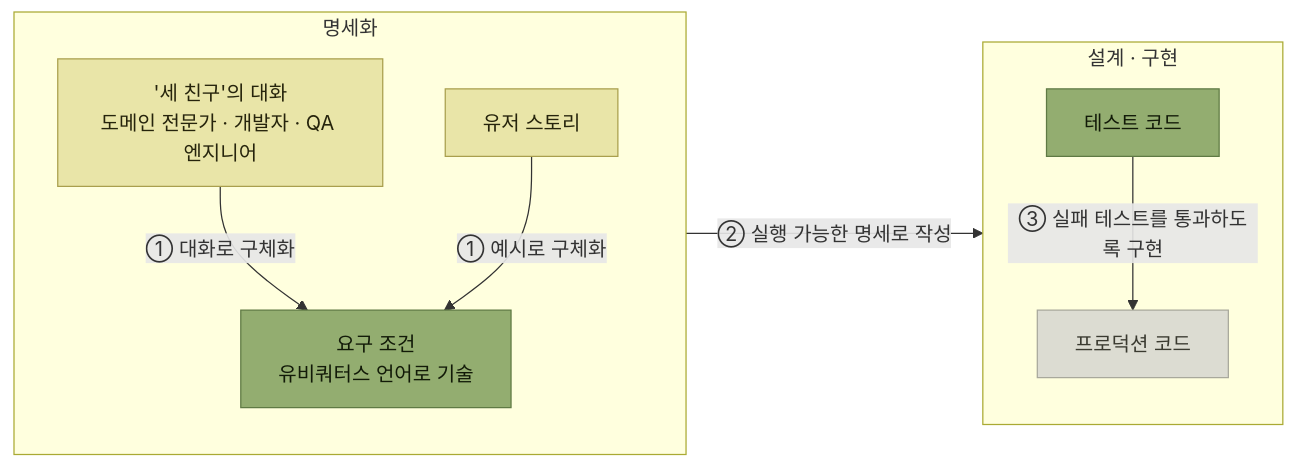
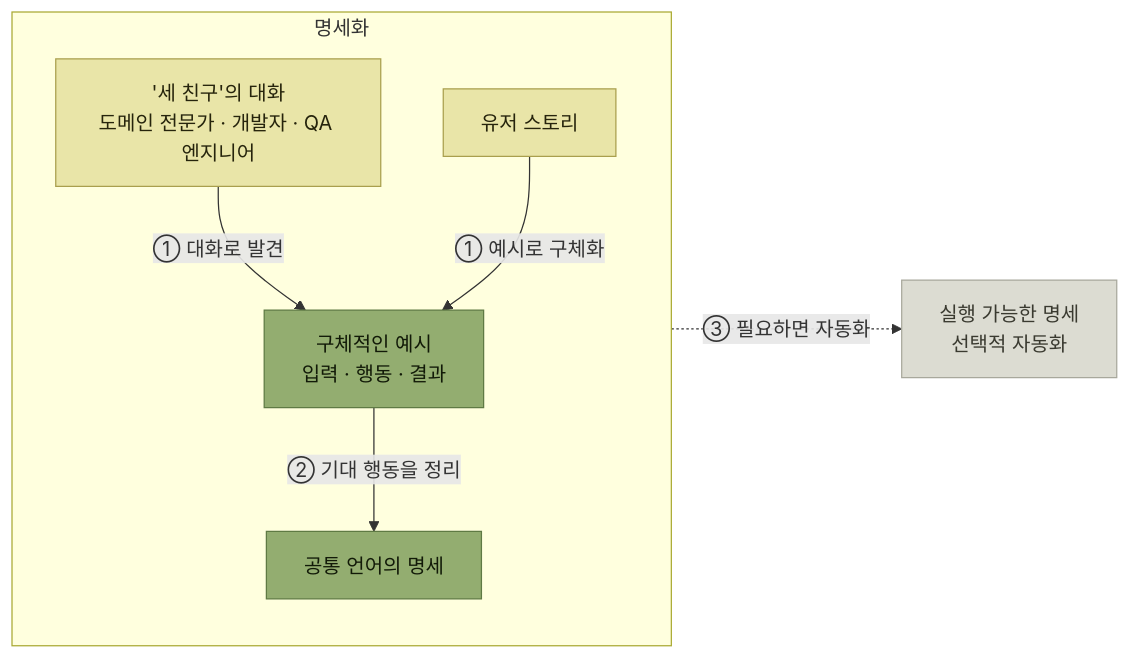
One commit to devholic22/logistics-backend-study changed the seventh of 11 diagrams in books/아키텍트-첫걸음/5-품질-보증과-테스트/2-기능-테스트-자동화.md. Above: the diagram before and after it, drawn with Mermaid. The commit also changed other lines of this file and 1 other file, not shown here.

````diff
--- a/books/아키텍트-첫걸음/5-품질-보증과-테스트/2-기능-테스트-자동화.md
+++ b/books/아키텍트-첫걸음/5-품질-보증과-테스트/2-기능-테스트-자동화.md
@@ -302,27 +302,23 @@
 ```mermaid
 flowchart LR
     subgraph SPEC["명세화"]
         direction TB
         AMIGOS["'세 친구'의 대화<br/>도메인 전문가 · 개발자 · QA 엔지니어"]
         US["유저 스토리"]
-        REQ["요구 조건<br/>유비쿼터스 언어로 기술"]
-        AMIGOS -- "① 대화로 구체화" --> REQ
-        US -- "① 예시로 구체화" --> REQ
+        EX["구체적인 예시<br/>입력 · 행동 · 결과"]
+        REQ["공통 언어의 명세"]
+        AMIGOS -- "① 대화로 발견" --> EX
+        US -- "① 예시로 구체화" --> EX
+        EX -- "② 기대 행동을 정리" --> REQ
     end
 
-    subgraph IMPL["설계 · 구현"]
-        direction TB
-        TC["테스트 코드"]
-        PC["프로덕션 코드"]
-        TC -- "③ 실패 테스트를 통과하도록 구현" --> PC
-    end
-
-    REQ -- "② 실행 가능한 명세로 작성" --> TC
+    AUTO["실행 가능한 명세<br/>선택적 자동화"]
+    REQ -. "③ 필요하면 자동화" .-> AUTO
 
     classDef core fill:#93ad70,stroke:#5f7a44,color:#121a08
     classDef sys fill:#e9e5a8,stroke:#a99f4d,color:#26240c
     classDef muted fill:#dcdcd2,stroke:#a8a89c,color:#3a3a30
-    class REQ,TC core
+    class EX,REQ core
     class AMIGOS,US sys
-    class PC muted
+    class AUTO muted
 ```
````
